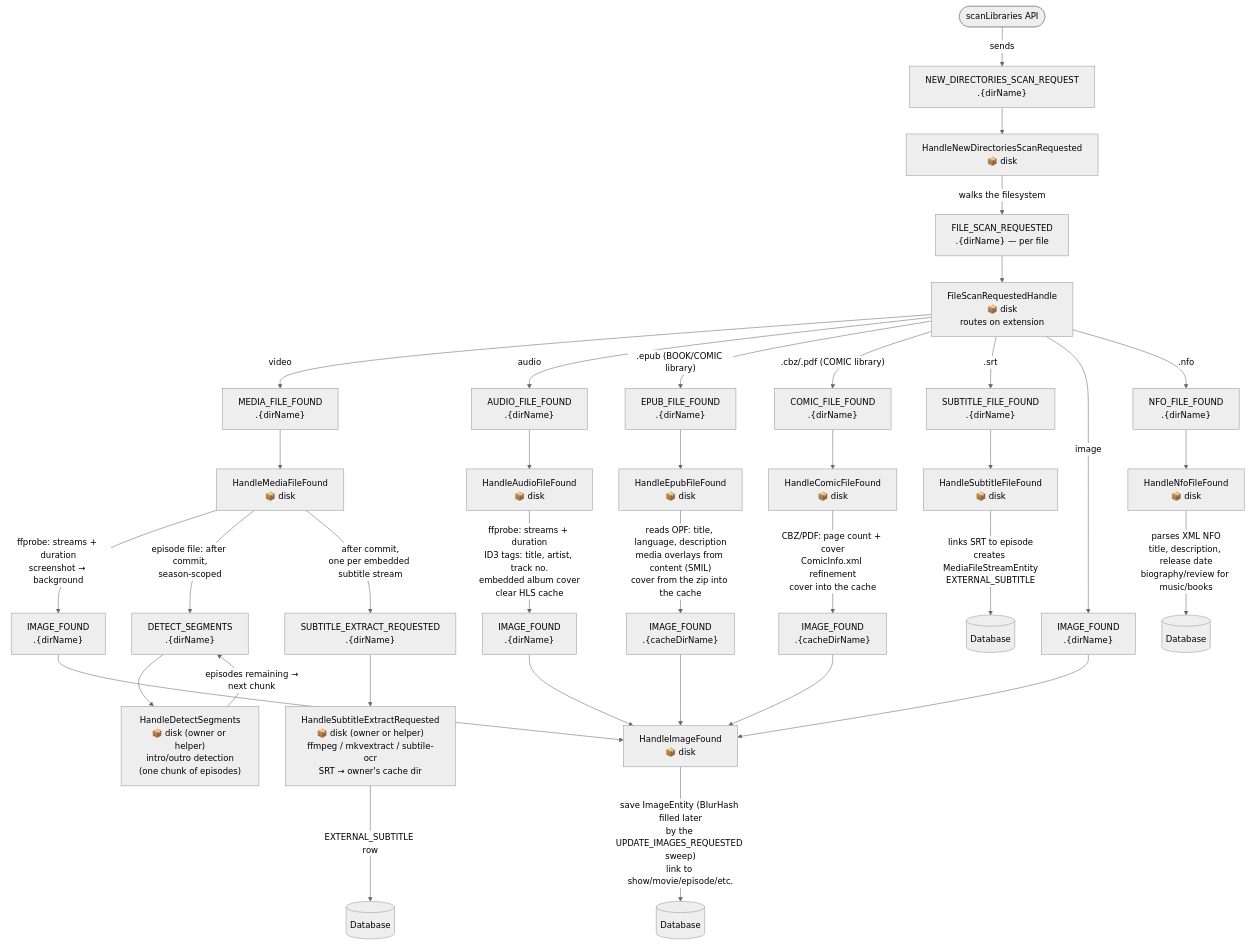
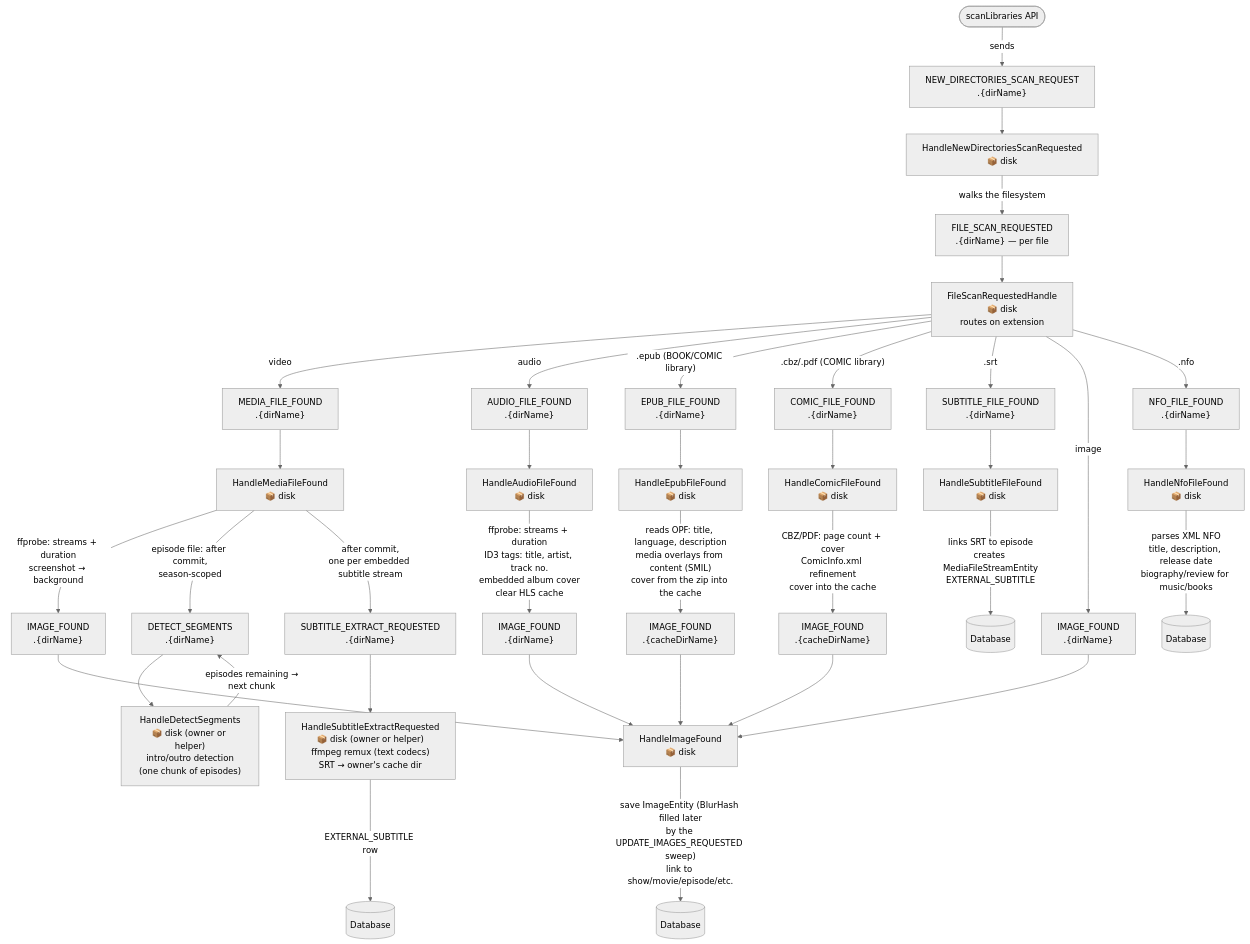
One commit to ister-app/server changed the diagram in doc/architecture/diagrams/scan-flow.md. Above: the diagram before and after it, drawn with Mermaid (neutral theme). The commit also changed 43 other files, not shown here.

First line of the commit message:
feat(disk)!: drop the subtitle OCR pipeline

````diff
--- a/doc/architecture/diagrams/scan-flow.md
+++ b/doc/architecture/diagrams/scan-flow.md
@@ -7,50 +7,50 @@
 ```mermaid
 flowchart TD
     API([scanLibraries API]) -->|sends| A
 
     A["NEW_DIRECTORIES_SCAN_REQUEST\n.{dirName}"]
     A --> B["HandleNewDirectoriesScanRequested\n📦 disk"]
     B -->|walks the filesystem| C
 
     C["FILE_SCAN_REQUESTED\n.{dirName} — per file"]
     C --> D["FileScanRequestedHandle\n📦 disk\nroutes on extension"]
 
     D -->|video| E["MEDIA_FILE_FOUND\n.{dirName}"]
     D -->|audio| F["AUDIO_FILE_FOUND\n.{dirName}"]
     D -->|".epub (BOOK/COMIC library)"| EP["EPUB_FILE_FOUND\n.{dirName}"]
     D -->|".cbz/.pdf (COMIC library)"| CO["COMIC_FILE_FOUND\n.{dirName}"]
     D -->|.srt| G["SUBTITLE_FILE_FOUND\n.{dirName}"]
     D -->|image| H["IMAGE_FOUND\n.{dirName}"]
     D -->|.nfo| I["NFO_FILE_FOUND\n.{dirName}"]
 
     E --> J["HandleMediaFileFound\n📦 disk"]
     J -->|"ffprobe: streams + duration\nscreenshot → background"| K["IMAGE_FOUND\n.{dirName}"]
     J -->|"episode file: after commit,\nseason-scoped"| DS["DETECT_SEGMENTS\n.{dirName}"]
     DS --> DSH["HandleDetectSegments\n📦 disk (owner or helper)\nintro/outro detection\n(one chunk of episodes)"]
     DSH -->|"episodes remaining →\nnext chunk"| DS
     J -->|"after commit,\none per embedded subtitle stream"| SE["SUBTITLE_EXTRACT_REQUESTED\n.{dirName}"]
-    SE --> SEH["HandleSubtitleExtractRequested\n📦 disk (owner or helper)\nffmpeg / mkvextract / subtile-ocr\nSRT → owner's cache dir"]
+    SE --> SEH["HandleSubtitleExtractRequested\n📦 disk (owner or helper)\nffmpeg remux (text codecs)\nSRT → owner's cache dir"]
     SEH -->|"EXTERNAL_SUBTITLE row"| DB0[(Database)]
 
     F --> L["HandleAudioFileFound\n📦 disk"]
     L -->|"ffprobe: streams + duration\nID3 tags: title, artist, track no.\nembedded album cover\nclear HLS cache"| M["IMAGE_FOUND\n.{dirName}"]
 
     G --> N["HandleSubtitleFileFound\n📦 disk"]
     N -->|"links SRT to episode\ncreates MediaFileStreamEntity\nEXTERNAL_SUBTITLE"| DB1[(Database)]
 
     K --> O["HandleImageFound\n📦 disk"]
     M --> O
     H --> O
     O -->|"save ImageEntity (BlurHash filled later\nby the UPDATE_IMAGES_REQUESTED sweep)\nlink to show/movie/episode/etc."| DB2[(Database)]
 
     I --> P["HandleNfoFileFound\n📦 disk"]
     P -->|"parses XML NFO\ntitle, description, release date\nbiography/review for music/books"| DB3[(Database)]
 
     EP --> Q["HandleEpubFileFound\n📦 disk"]
     Q -->|"reads OPF: title, language, description\nmedia overlays from content (SMIL)\ncover from the zip into the cache"| R["IMAGE_FOUND\n.{cacheDirName}"]
     R --> O
 
     CO --> S["HandleComicFileFound\n📦 disk"]
     S -->|"CBZ/PDF: page count + cover\nComicInfo.xml refinement\ncover into the cache"| T["IMAGE_FOUND\n.{cacheDirName}"]
     T --> O
 ```
````
